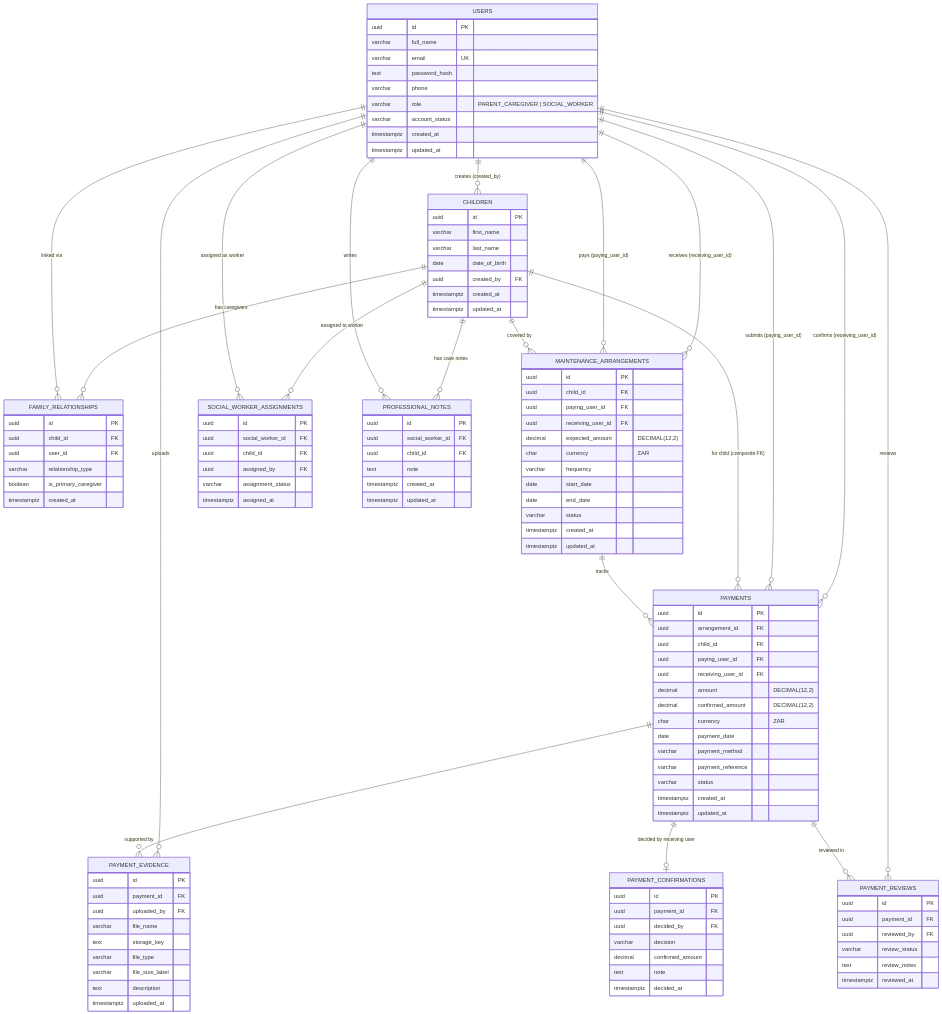
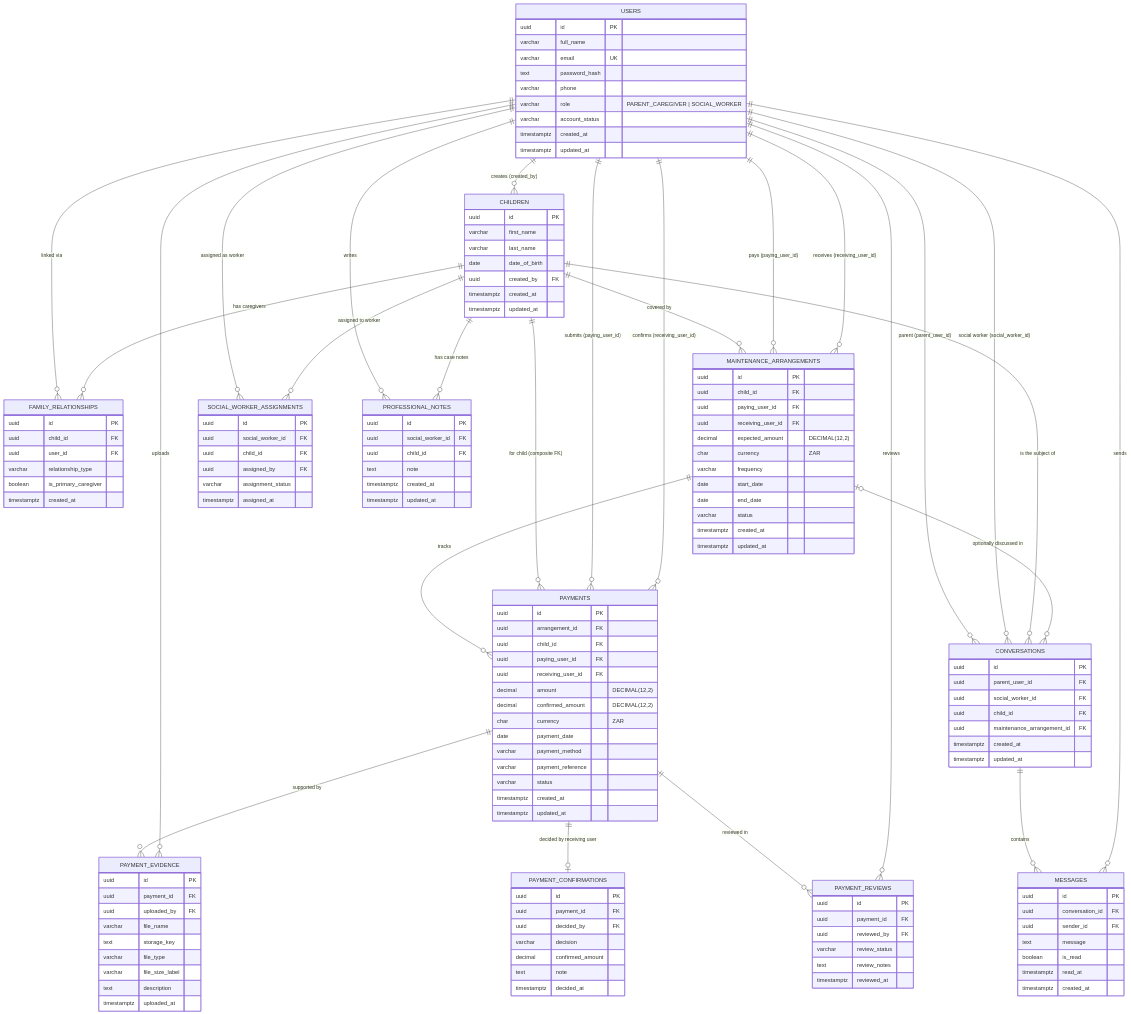
Before and after one commit to Defence-Ndzhobela/mzansi_child_care: the diagram in backend/database/erd.mmd, drawn with Mermaid. The commit also changed 2 other files, not shown here.

Commit message:
Document messaging and family archive in schema, ERD and README

```diff
--- a/backend/database/erd.mmd
+++ b/backend/database/erd.mmd
@@ -1,132 +1,158 @@
 erDiagram
     USERS {
         uuid id PK
         varchar full_name
         varchar email UK
         text password_hash
         varchar phone
         varchar role "PARENT_CAREGIVER | SOCIAL_WORKER"
         varchar account_status
         timestamptz created_at
         timestamptz updated_at
     }
 
     CHILDREN {
         uuid id PK
         varchar first_name
         varchar last_name
         date date_of_birth
         uuid created_by FK
         timestamptz created_at
         timestamptz updated_at
     }
 
     FAMILY_RELATIONSHIPS {
         uuid id PK
         uuid child_id FK
         uuid user_id FK
         varchar relationship_type
         boolean is_primary_caregiver
         timestamptz created_at
     }
 
     MAINTENANCE_ARRANGEMENTS {
         uuid id PK
         uuid child_id FK
         uuid paying_user_id FK
         uuid receiving_user_id FK
         decimal expected_amount "DECIMAL(12,2)"
         char currency "ZAR"
         varchar frequency
         date start_date
         date end_date
         varchar status
         timestamptz created_at
         timestamptz updated_at
     }
 
     PAYMENTS {
         uuid id PK
         uuid arrangement_id FK
         uuid child_id FK
         uuid paying_user_id FK
         uuid receiving_user_id FK
         decimal amount "DECIMAL(12,2)"
         decimal confirmed_amount "DECIMAL(12,2)"
         char currency "ZAR"
         date payment_date
         varchar payment_method
         varchar payment_reference
         varchar status
         timestamptz created_at
         timestamptz updated_at
     }
 
     PAYMENT_EVIDENCE {
         uuid id PK
         uuid payment_id FK
         uuid uploaded_by FK
         varchar file_name
         text storage_key
         varchar file_type
         varchar file_size_label
         text description
         timestamptz uploaded_at
     }
 
     PAYMENT_CONFIRMATIONS {
         uuid id PK
         uuid payment_id FK
         uuid decided_by FK
         varchar decision
         decimal confirmed_amount
         text note
         timestamptz decided_at
     }
 
     SOCIAL_WORKER_ASSIGNMENTS {
         uuid id PK
         uuid social_worker_id FK
         uuid child_id FK
         uuid assigned_by FK
         varchar assignment_status
         timestamptz assigned_at
     }
 
     PAYMENT_REVIEWS {
         uuid id PK
         uuid payment_id FK
         uuid reviewed_by FK
         varchar review_status
         text review_notes
         timestamptz reviewed_at
     }
 
     PROFESSIONAL_NOTES {
         uuid id PK
         uuid social_worker_id FK
         uuid child_id FK
         text note
         timestamptz created_at
         timestamptz updated_at
     }
 
+    CONVERSATIONS {
+        uuid id PK
+        uuid parent_user_id FK
+        uuid social_worker_id FK
+        uuid child_id FK
+        uuid maintenance_arrangement_id FK
+        timestamptz created_at
+        timestamptz updated_at
+    }
+
+    MESSAGES {
+        uuid id PK
+        uuid conversation_id FK
+        uuid sender_id FK
+        text message
+        boolean is_read
+        timestamptz read_at
+        timestamptz created_at
+    }
+
     USERS ||--o{ CHILDREN : "creates (created_by)"
     USERS ||--o{ FAMILY_RELATIONSHIPS : "linked via"
     CHILDREN ||--o{ FAMILY_RELATIONSHIPS : "has caregivers"
     CHILDREN ||--o{ MAINTENANCE_ARRANGEMENTS : "covered by"
     USERS ||--o{ MAINTENANCE_ARRANGEMENTS : "pays (paying_user_id)"
     USERS ||--o{ MAINTENANCE_ARRANGEMENTS : "receives (receiving_user_id)"
     MAINTENANCE_ARRANGEMENTS ||--o{ PAYMENTS : "tracks"
     CHILDREN ||--o{ PAYMENTS : "for child (composite FK)"
     USERS ||--o{ PAYMENTS : "submits (paying_user_id)"
     USERS ||--o{ PAYMENTS : "confirms (receiving_user_id)"
     PAYMENTS ||--o{ PAYMENT_EVIDENCE : "supported by"
     USERS ||--o{ PAYMENT_EVIDENCE : "uploads"
     PAYMENTS ||--o| PAYMENT_CONFIRMATIONS : "decided by receiving user"
     USERS ||--o{ SOCIAL_WORKER_ASSIGNMENTS : "assigned as worker"
     CHILDREN ||--o{ SOCIAL_WORKER_ASSIGNMENTS : "assigned to worker"
     PAYMENTS ||--o{ PAYMENT_REVIEWS : "reviewed in"
     USERS ||--o{ PAYMENT_REVIEWS : "reviews"
     USERS ||--o{ PROFESSIONAL_NOTES : "writes"
     CHILDREN ||--o{ PROFESSIONAL_NOTES : "has case notes"
+    USERS ||--o{ CONVERSATIONS : "parent (parent_user_id)"
+    USERS ||--o{ CONVERSATIONS : "social worker (social_worker_id)"
+    CHILDREN ||--o{ CONVERSATIONS : "is the subject of"
+    MAINTENANCE_ARRANGEMENTS |o--o{ CONVERSATIONS : "optionally discussed in"
+    CONVERSATIONS ||--o{ MESSAGES : "contains"
+    USERS ||--o{ MESSAGES : "sends"
```
